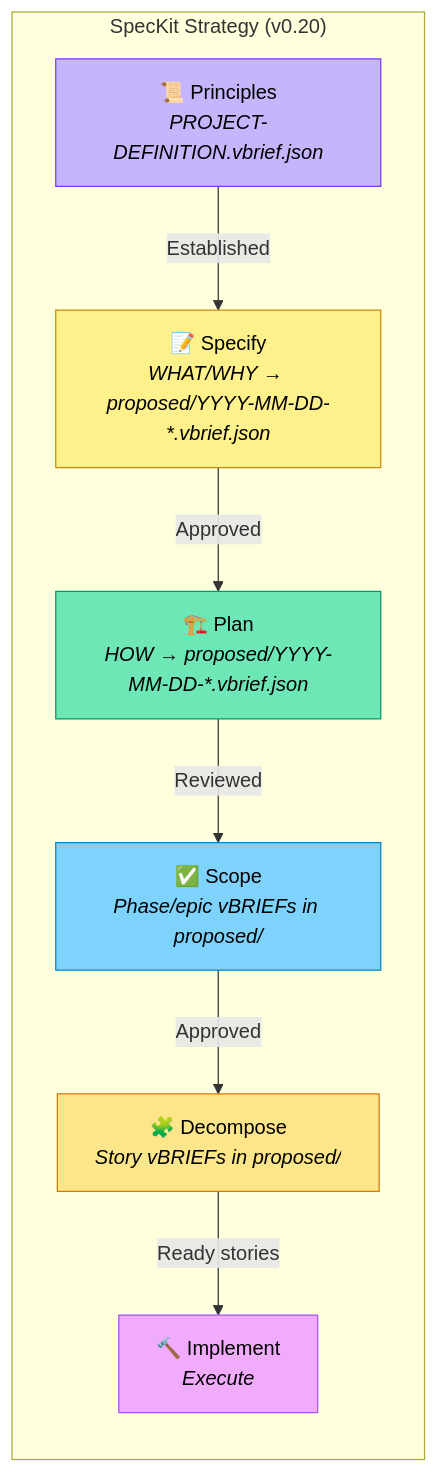
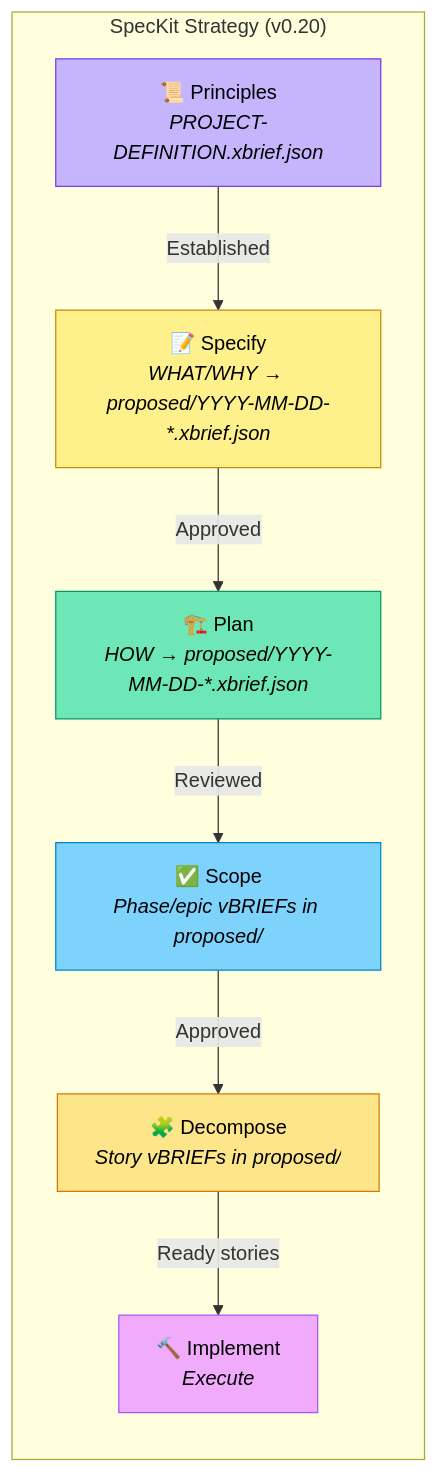
Before and after one commit to deftai/directive: the diagram in content/strategies/speckit.md, drawn with Mermaid. The commit also changed other lines of this file and 16 other files, not shown here.

First line of the commit message:
fix(strategies): MUST-write and register xbrief/ not vbrief/ (#3557)

````diff
--- a/content/strategies/speckit.md
+++ b/content/strategies/speckit.md
@@ -27,24 +27,24 @@
 ```mermaid
 flowchart LR
     subgraph speckit ["SpecKit Strategy (v0.20)"]
-        P["📜 Principles<br/><i>PROJECT-DEFINITION.vbrief.json</i>"]
-        S["📝 Specify<br/><i>WHAT/WHY → proposed/YYYY-MM-DD-*.vbrief.json</i>"]
-        PL["🏗️ Plan<br/><i>HOW → proposed/YYYY-MM-DD-*.vbrief.json</i>"]
+        P["📜 Principles<br/><i>PROJECT-DEFINITION.xbrief.json</i>"]
+        S["📝 Specify<br/><i>WHAT/WHY → proposed/YYYY-MM-DD-*.xbrief.json</i>"]
+        PL["🏗️ Plan<br/><i>HOW → proposed/YYYY-MM-DD-*.xbrief.json</i>"]
         T["✅ Scope<br/><i>Phase/epic vBRIEFs in proposed/</i>"]
         D["🧩 Decompose<br/><i>Story vBRIEFs in proposed/</i>"]
         I["🔨 Implement<br/><i>Execute</i>"]
     end
 
     P -->|"Established"| S
     S -->|"Approved"| PL
     PL -->|"Reviewed"| T
     T -->|"Approved"| D
     D -->|"Ready stories"| I
 
     style P fill:#c4b5fd,stroke:#7c3aed,color:#000
     style S fill:#fef08a,stroke:#ca8a04,color:#000
     style PL fill:#6ee7b7,stroke:#059669,color:#000
     style T fill:#7dd3fc,stroke:#0284c7,color:#000
     style D fill:#fde68a,stroke:#d97706,color:#000
     style I fill:#f0abfc,stroke:#a855f7,color:#000
 ```
````
